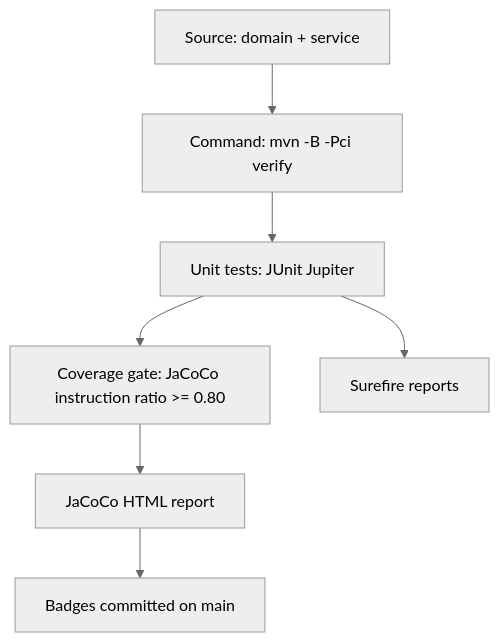
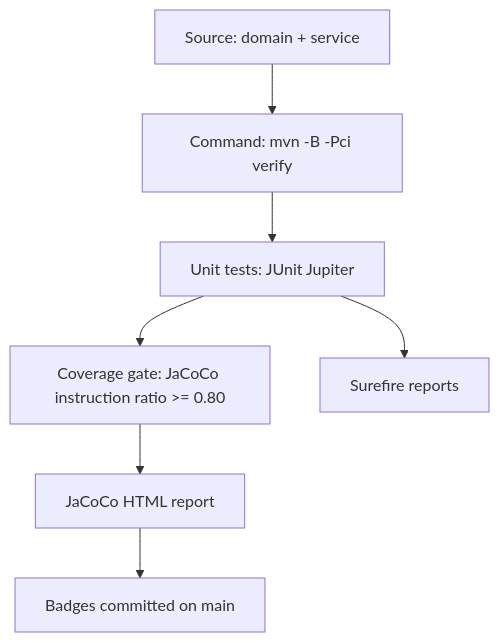
Before and after one commit to bradsaucier/test-discipline: the diagram in README.md, drawn with Mermaid. The commit also changed other lines of this file, not shown here.

````diff
--- a/README.md
+++ b/README.md
@@ -237,10 +237,9 @@
 ```mermaid
-%%{init: {'theme': 'neutral'}}%%
 flowchart TD
   A[Source: domain + service] --> B["Command: mvn -B -Pci verify"]
   B --> C[Unit tests: JUnit Jupiter]
   C --> D["Coverage gate: JaCoCo instruction ratio >= 0.80"]
   C --> E[Surefire reports]
   D --> F[JaCoCo HTML report]
   F --> G[Badges committed on main]
 ```
````
